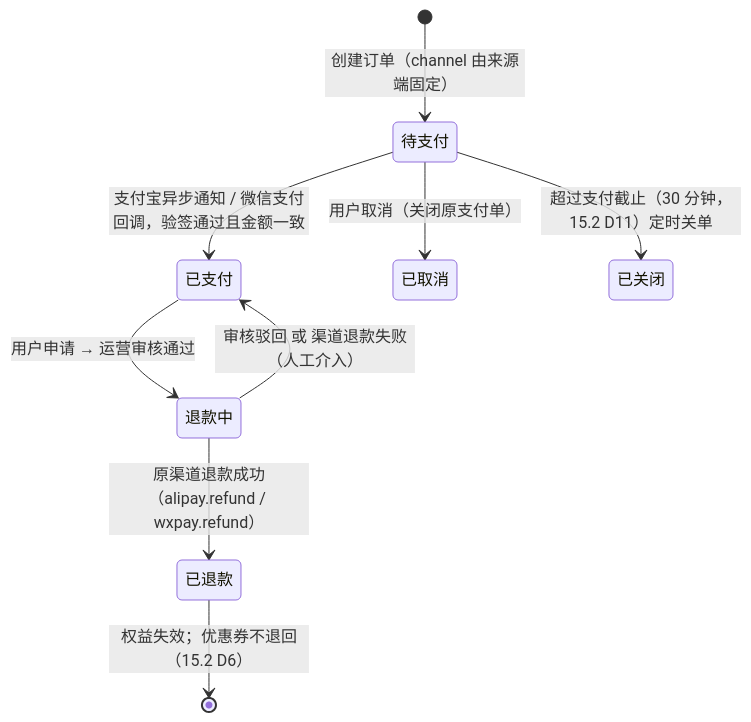
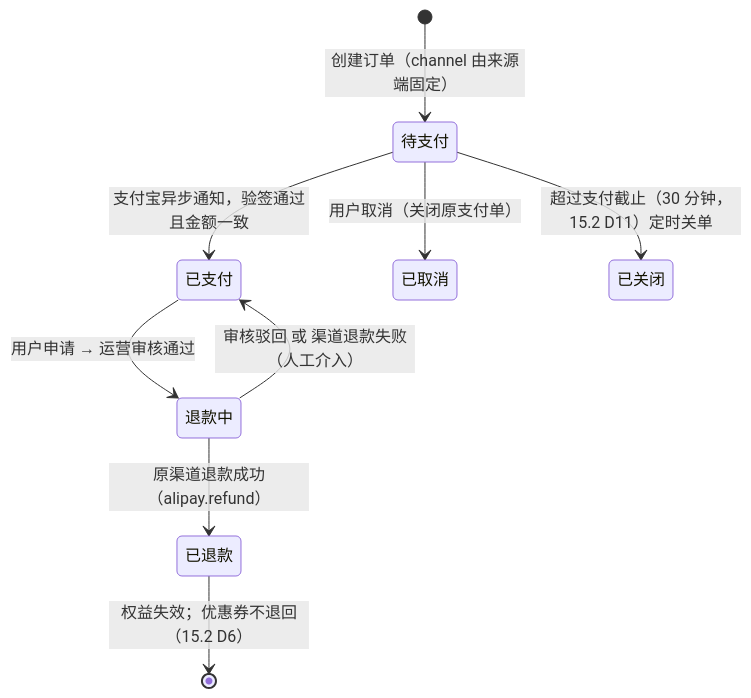
Before and after one commit to HH112-ux/lesson-platform: the second of 8 diagrams in docs/engineering-plan.md, drawn with Mermaid. The commit also changed other lines of this file and 1 other file, not shown here.

````diff
--- a/docs/engineering-plan.md
+++ b/docs/engineering-plan.md
@@ -161,11 +159,11 @@
 ```mermaid
 stateDiagram-v2
     [*] --> 待支付: 创建订单（channel 由来源端固定）
-    待支付 --> 已支付: 支付宝异步通知 / 微信支付回调，验签通过且金额一致
+    待支付 --> 已支付: 支付宝异步通知，验签通过且金额一致
     待支付 --> 已取消: 用户取消（关闭原支付单）
     待支付 --> 已关闭: 超过支付截止（30 分钟，15.2 D11）定时关单
     已支付 --> 退款中: 用户申请 → 运营审核通过
-    退款中 --> 已退款: 原渠道退款成功（alipay.refund / wxpay.refund）
+    退款中 --> 已退款: 原渠道退款成功（alipay.refund）
     退款中 --> 已支付: 审核驳回 或 渠道退款失败（人工介入）
     已退款 --> [*]: 权益失效；优惠券不退回（15.2 D6）
 ```
````
